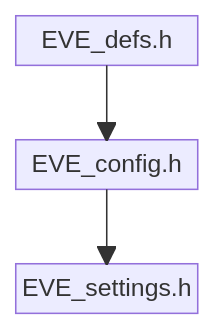
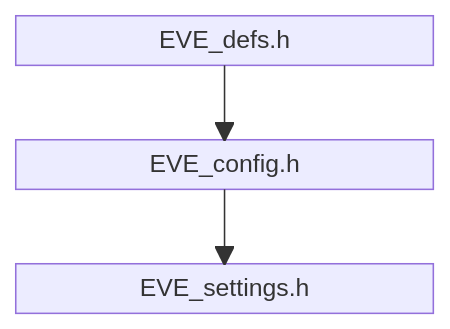
Before and after one commit to Bridgetek/Eve-MCU-Dev: diagram 11 of 11 in README.md, drawn with Mermaid. The commit also changed other lines of this file, not shown here.

Commit message:
updates for header dependency diagram readability

````diff
--- a/README.md
+++ b/README.md
@@ -494,11 +504,12 @@
 ```mermaid
 block
   columns 1
-  A1["EVE_defs.h"]
+  A1["EVE_defs.h"]:20
   space
-  A2["EVE_config.h"]
+  A2["EVE_config.h"]:20
   space
-  A3["EVE_settings.h"]
+  A3["EVE_settings.h"]:20
+  
   A1 --> A2
   A2 --> A3
 ```
````
